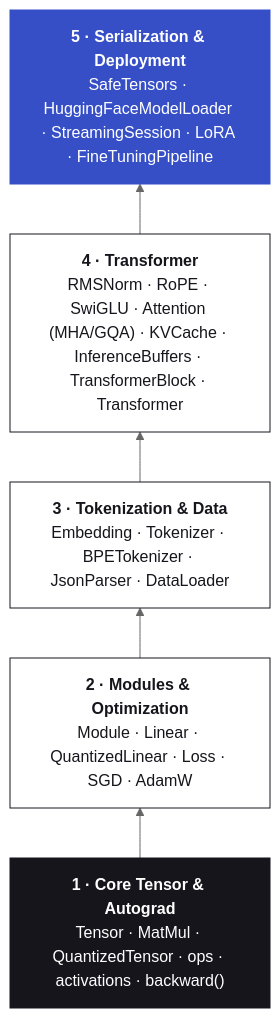
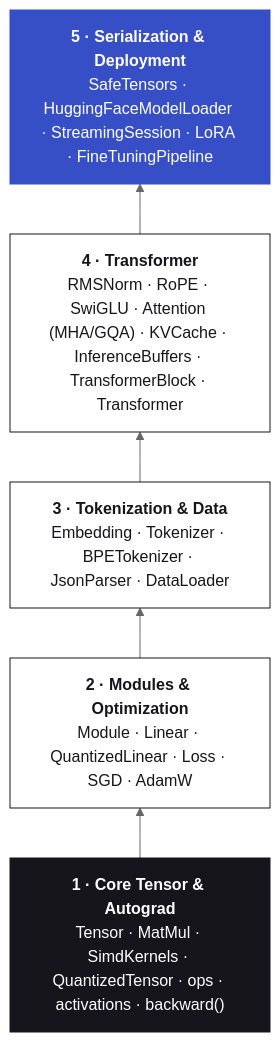
One commit to TSPstudio/kotensor changed the diagram in README.md. Above: the diagram before and after it, drawn with Mermaid (neutral theme). The commit also changed other lines of this file and 27 other files, not shown here.

````diff
--- a/README.md
+++ b/README.md
@@ -570,16 +642,16 @@
 ```mermaid
 flowchart BT
-    L1["<b>1 · Core Tensor & Autograd</b><br/>Tensor · MatMul · QuantizedTensor · ops · activations · backward()"]
+    L1["<b>1 · Core Tensor & Autograd</b><br/>Tensor · MatMul · SimdKernels · QuantizedTensor · ops · activations · backward()"]
     L2["<b>2 · Modules & Optimization</b><br/>Module · Linear · QuantizedLinear · Loss · SGD · AdamW"]
     L3["<b>3 · Tokenization & Data</b><br/>Embedding · Tokenizer · BPETokenizer · JsonParser · DataLoader"]
     L4["<b>4 · Transformer</b><br/>RMSNorm · RoPE · SwiGLU · Attention (MHA/GQA) · KVCache · InferenceBuffers · TransformerBlock · Transformer"]
     L5["<b>5 · Serialization & Deployment</b><br/>SafeTensors · HuggingFaceModelLoader · StreamingSession · LoRA · FineTuningPipeline"]
     L1 --> L2 --> L3 --> L4 --> L5
 
     classDef core fill:#16151C,stroke:#16151C,color:#FFFFFF
     classDef layer fill:#FFFFFF,stroke:#16151C,color:#16151C
     classDef edge fill:#364FC7,stroke:#364FC7,color:#FFFFFF
     class L1 core
     class L2,L3,L4 layer
     class L5 edge
 ```
````
